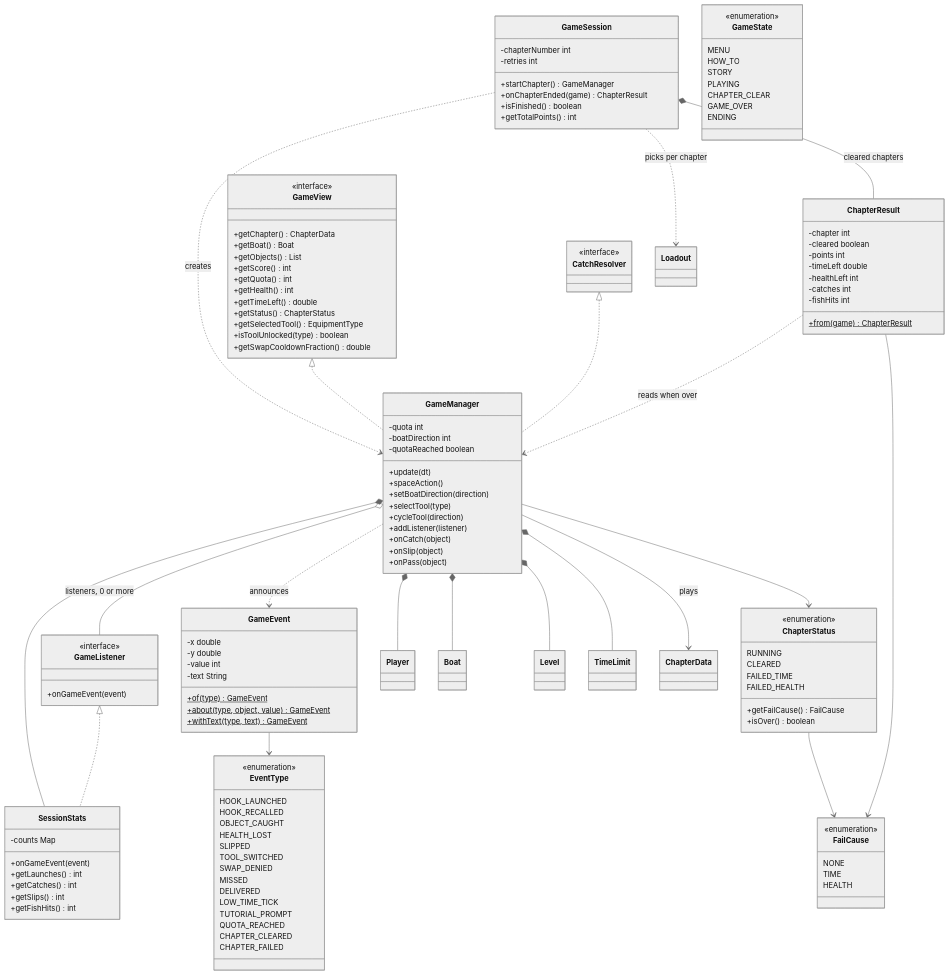
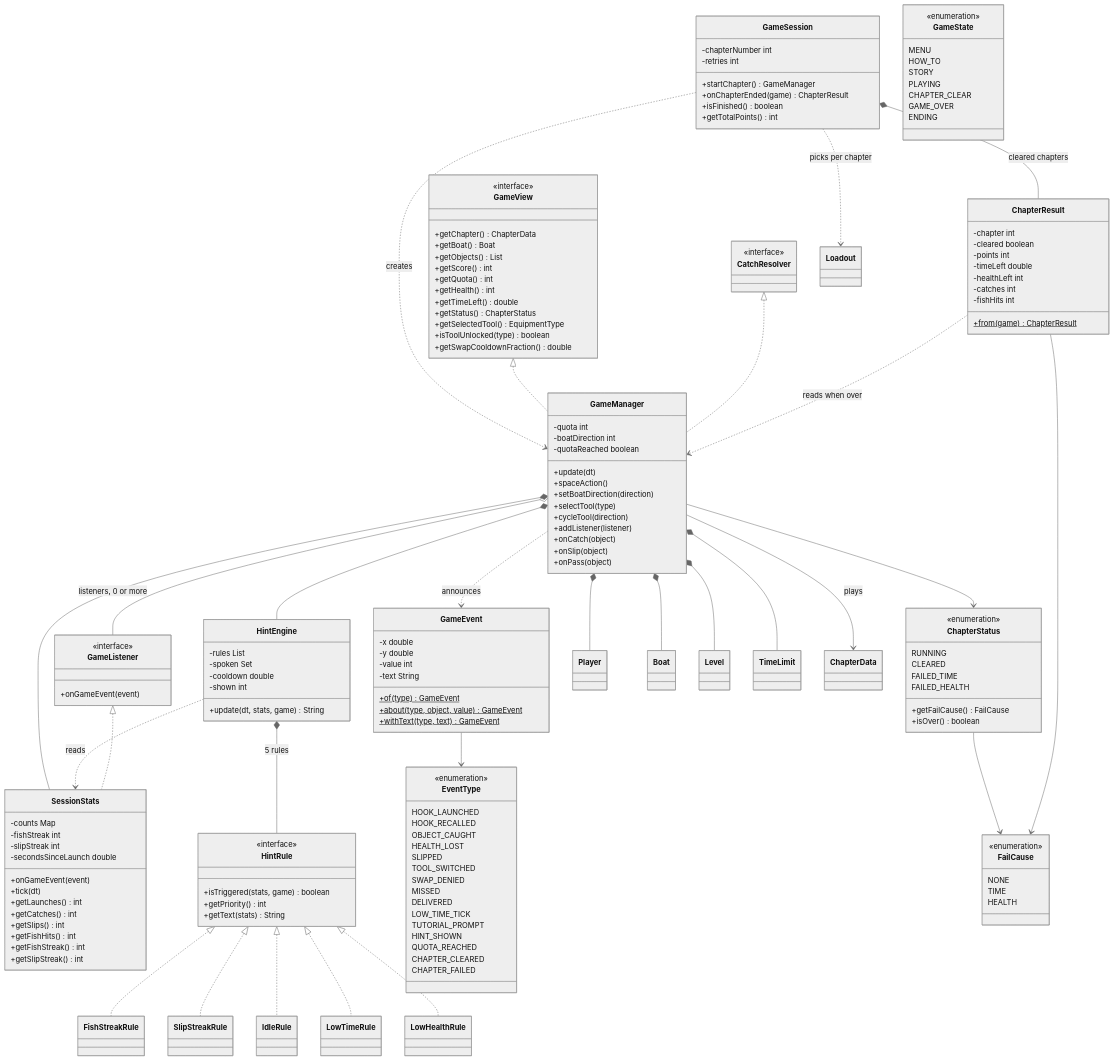
One commit to NJJAV33/Fish2trash changed the fourth of 6 diagrams in docs/class-diagram.md. Above: the diagram before and after it, drawn with Mermaid (neutral theme). The commit also changed 15 other files, not shown here.

First line of the commit message:
feat(game): add rule-based hint engine

```diff
--- a/docs/class-diagram.md
+++ b/docs/class-diagram.md
@@ -391,12 +391,39 @@
 
     class SessionStats {
         -counts Map
+        -fishStreak int
+        -slipStreak int
+        -secondsSinceLaunch double
         +onGameEvent(event)
+        +tick(dt)
         +getLaunches() int
         +getCatches() int
         +getSlips() int
         +getFishHits() int
+        +getFishStreak() int
+        +getSlipStreak() int
     }
+
+    class HintEngine {
+        -rules List
+        -spoken Set
+        -cooldown double
+        -shown int
+        +update(dt, stats, game) String
+    }
+
+    class HintRule {
+        <<interface>>
+        +isTriggered(stats, game) boolean
+        +getPriority() int
+        +getText(stats) String
+    }
+
+    class FishStreakRule
+    class SlipStreakRule
+    class IdleRule
+    class LowTimeRule
+    class LowHealthRule
 
     class GameEvent {
         -x double
@@ -421,6 +448,7 @@
         DELIVERED
         LOW_TIME_TICK
         TUTORIAL_PROMPT
+        HINT_SHOWN
         QUOTA_REACHED
         CHAPTER_CLEARED
         CHAPTER_FAILED
@@ -482,6 +510,14 @@
     GameManager *-- Level
     GameManager *-- TimeLimit
     GameManager *-- SessionStats
+    GameManager *-- HintEngine
+    HintEngine *-- HintRule : 5 rules
+    HintEngine ..> SessionStats : reads
+    HintRule <|.. FishStreakRule
+    HintRule <|.. SlipStreakRule
+    HintRule <|.. IdleRule
+    HintRule <|.. LowTimeRule
+    HintRule <|.. LowHealthRule
     GameManager --> ChapterData : plays
     GameManager o-- GameListener : listeners, 0 or more
     GameListener <|.. SessionStats
```
